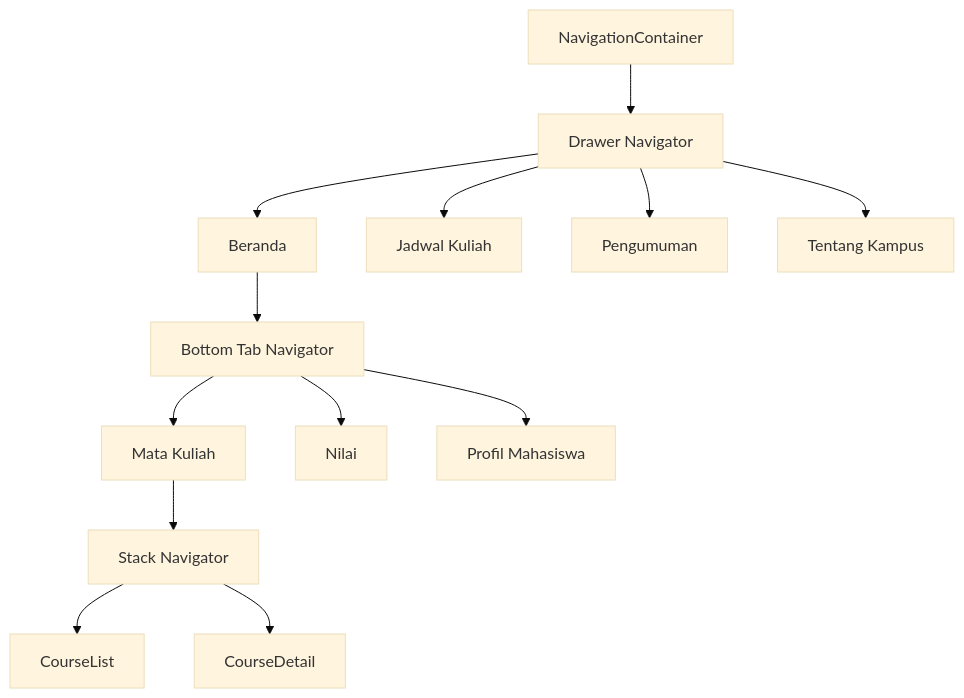
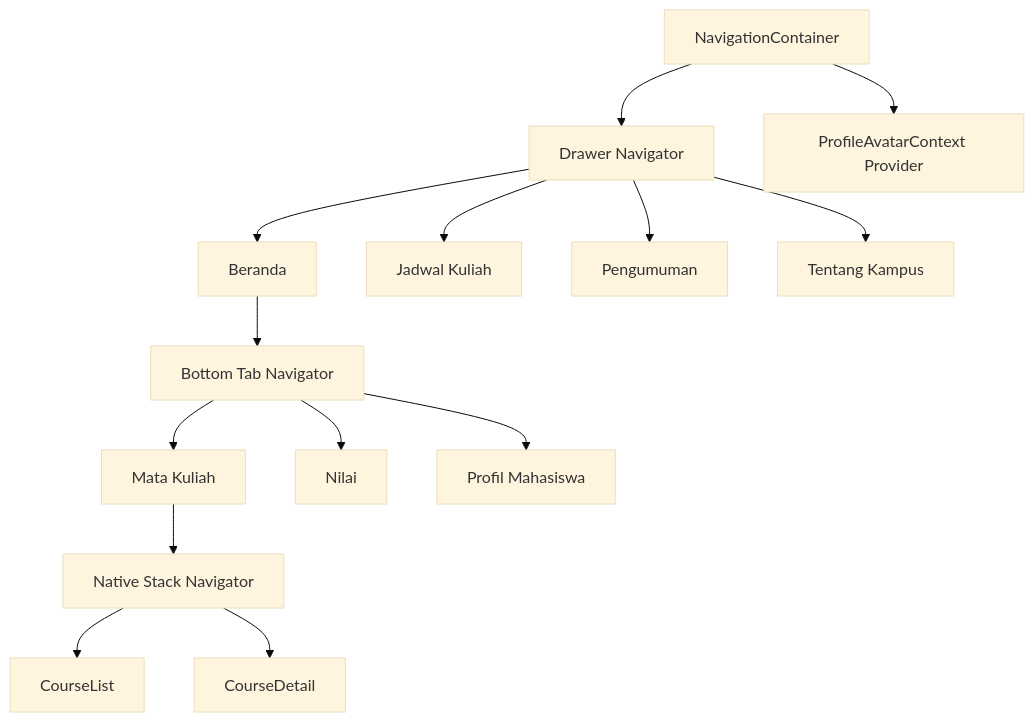
One commit to anwarrohmadi2006/e-kampus-mini-expo changed the diagram in docs/ARCHITECTURE.md. Above: the diagram before and after it, drawn with Mermaid (base theme). The commit also changed other lines of this file and 1 other file, not shown here.

Commit message:
docs: refresh architecture and troubleshooting

````diff
--- a/docs/ARCHITECTURE.md
+++ b/docs/ARCHITECTURE.md
@@ -9,15 +22,16 @@
 ```mermaid
 flowchart TD
     A["NavigationContainer"] --> B["Drawer Navigator"]
     B --> C["Beranda"]
     B --> D["Jadwal Kuliah"]
     B --> E["Pengumuman"]
     B --> F["Tentang Kampus"]
     C --> G["Bottom Tab Navigator"]
     G --> H["Mata Kuliah"]
     G --> I["Nilai"]
     G --> J["Profil Mahasiswa"]
-    H --> K["Stack Navigator"]
+    H --> K["Native Stack Navigator"]
     K --> L["CourseList"]
     K --> M["CourseDetail"]
+    A --> N["ProfileAvatarContext Provider"]
 ```
````
